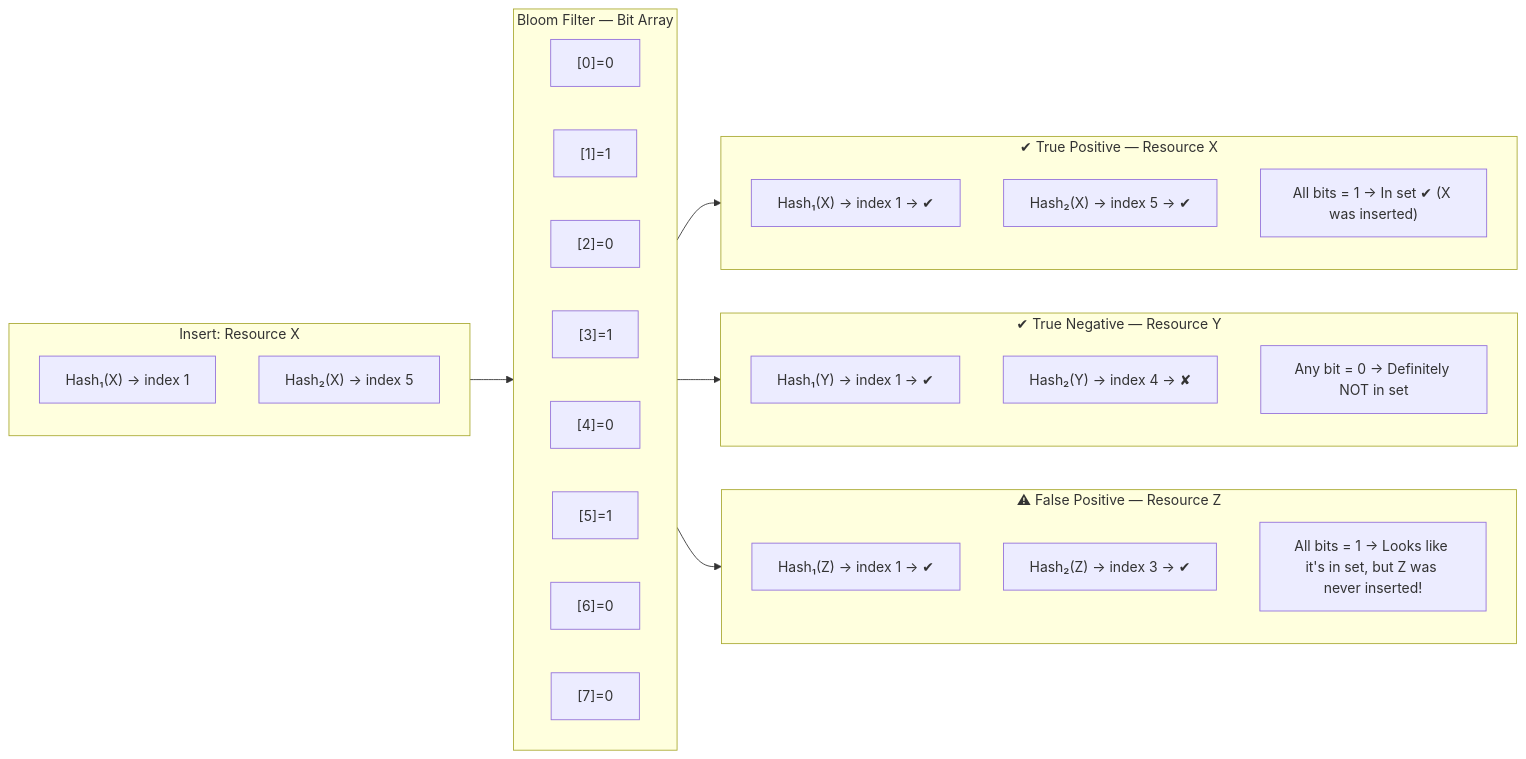
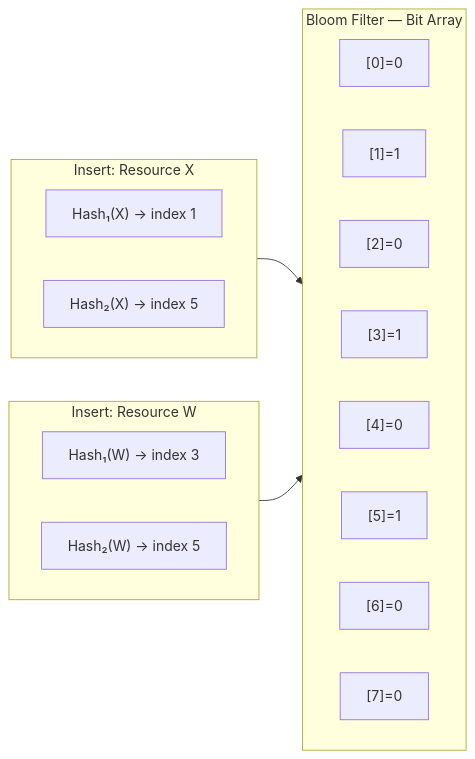
Before and after one commit to mvsnbharath/Design: the fourth of 9 diagrams in AWS/Msft/e2e.md, drawn with Mermaid. The commit also changed other lines of this file, not shown here.

````diff
--- a/AWS/Msft/e2e.md
+++ b/AWS/Msft/e2e.md
@@ -64,42 +64,29 @@
 ```mermaid
 flowchart LR
     subgraph BF["Bloom Filter — Bit Array"]
         direction LR
         B0["[0]=0"]
         B1["[1]=1"]
         B2["[2]=0"]
         B3["[3]=1"]
         B4["[4]=0"]
         B5["[5]=1"]
         B6["[6]=0"]
         B7["[7]=0"]
     end
 
-    subgraph Insert["Insert: Resource X"]
+    subgraph Insert_X["Insert: Resource X"]
+        direction LR
         H1["Hash₁(X) → index 1"]
         H2["Hash₂(X) → index 5"]
     end
 
-    subgraph Lookup_TP["✔ True Positive — Resource X"]
-        T1["Hash₁(X) → index 1 → ✔"]
-        T2["Hash₂(X) → index 5 → ✔"]
-        T3["All bits = 1 → In set ✔ (X was inserted)"]
+    subgraph Insert_W["Insert: Resource W"]
+        direction LR
+        H3["Hash₁(W) → index 3"]
+        H4["Hash₂(W) → index 5"]
     end
 
-    subgraph Lookup_TN["✔ True Negative — Resource Y"]
-        L1["Hash₁(Y) → index 1 → ✔"]
-        L2["Hash₂(Y) → index 4 → ✘"]
-        L3["Any bit = 0 → Definitely NOT in set"]
-    end
-
-    subgraph Lookup_FP["⚠ False Positive — Resource Z"]
-        F1["Hash₁(Z) → index 1 → ✔"]
-        F2["Hash₂(Z) → index 3 → ✔"]
-        F3["All bits = 1 → Looks like it's in set, but Z was never inserted!"]
-    end
-
-    Insert --> BF
-    BF --> Lookup_TP
-    BF --> Lookup_TN
-    BF --> Lookup_FP
+    Insert_X --> BF
+    Insert_W --> BF
 ```
````
